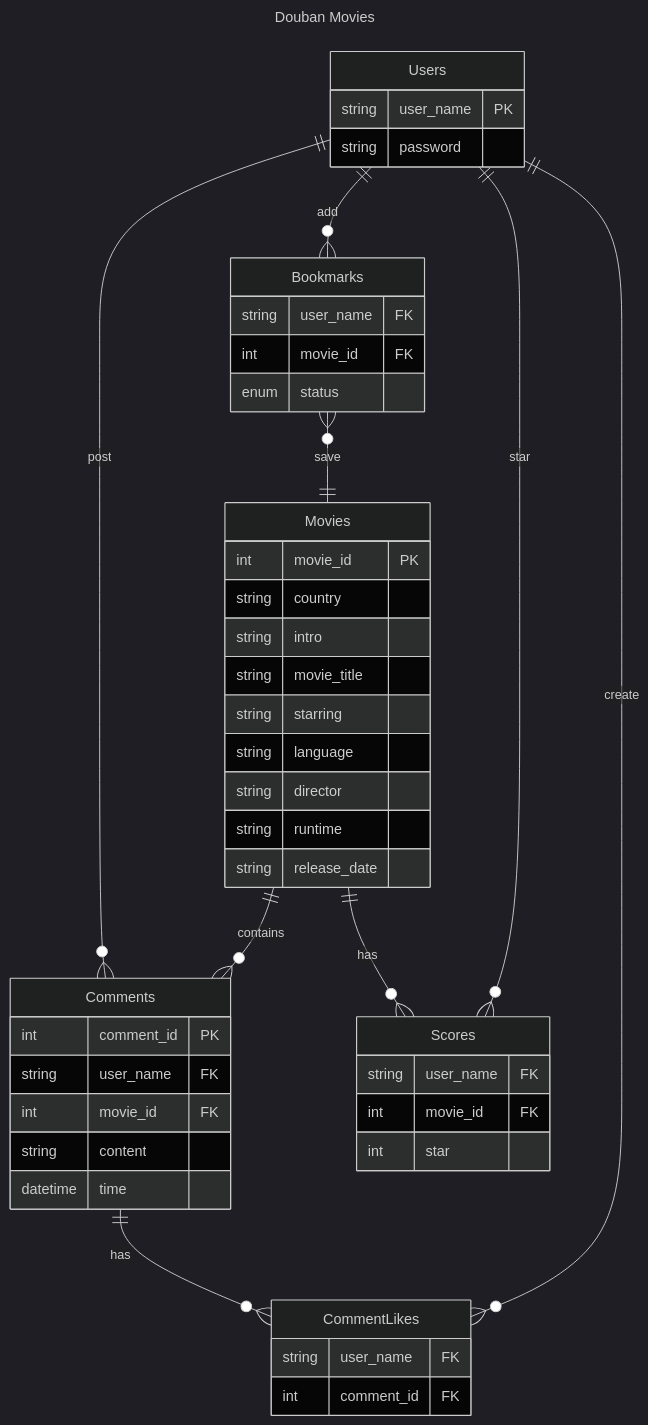
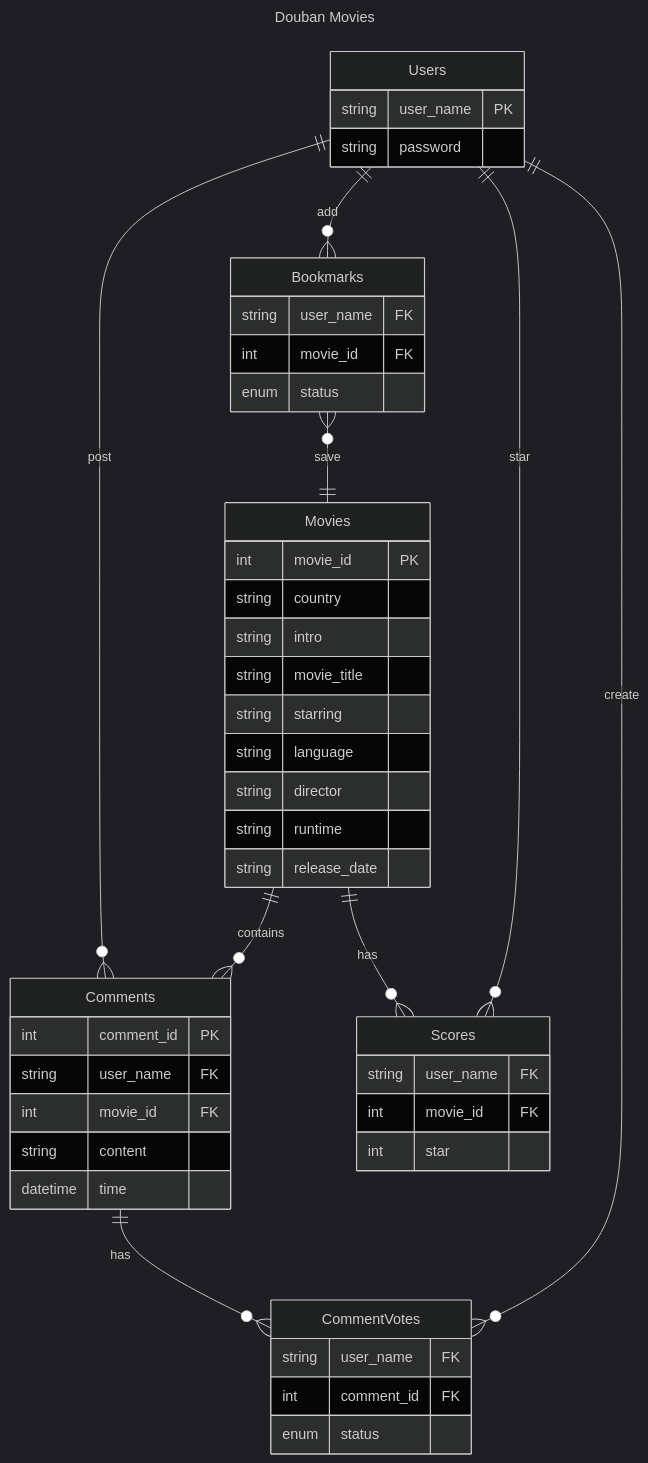
One commit to KelvinQiu802/douban-comp2013j-server changed the diagram in README.md. Above: the diagram before and after it, drawn with Mermaid (dark theme). The commit also changed other lines of this file, not shown here.

````diff
--- a/README.md
+++ b/README.md
@@ -18,56 +18,57 @@
 ```mermaid
 ---
 title: Douban Movies
 ---
 erDiagram
 		Movies ||--o{ Comments : contains
-		Comments ||--o{ CommentLikes : has
+		Comments ||--o{ CommentVotes : has
 		Users ||--o{ Comments : post
 		Users ||--o{ Bookmarks : add
 		Bookmarks }o--|| Movies : save
 		Users ||--o{ Scores : star
 		Movies ||--o{ Scores : has
-		Users ||--o{ CommentLikes : create
+		Users ||--o{ CommentVotes : create
 
 		Movies {
 			int movie_id PK
 			string country
 			string intro
 			string movie_title
 			string starring
 			string language
 			string director
 			string runtime
 			string release_date
 		}
 		
 		Users {
 			string user_name PK
 			string password
 		}
 		
 		Scores {
 			string user_name FK
 			int movie_id FK
 			int star
 		}
 		
 		Bookmarks {
 			string user_name FK
 			int movie_id FK
 			enum status
 		}
 		
 		Comments {
 			int comment_id PK
 			string user_name FK
 			int movie_id FK
 			string content
 			datetime time
 		}
 		
-		CommentLikes {
+		CommentVotes {
 			string user_name FK
 			int comment_id FK
+			enum status
 		}
 ```
````
